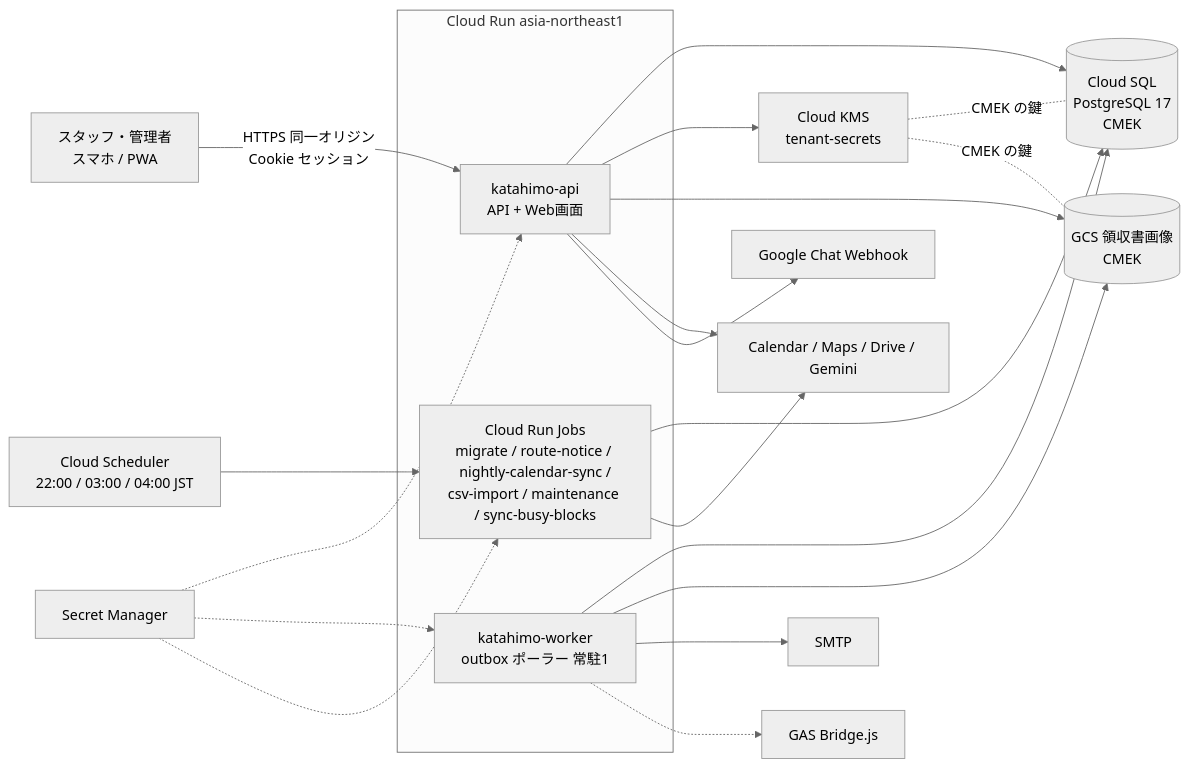
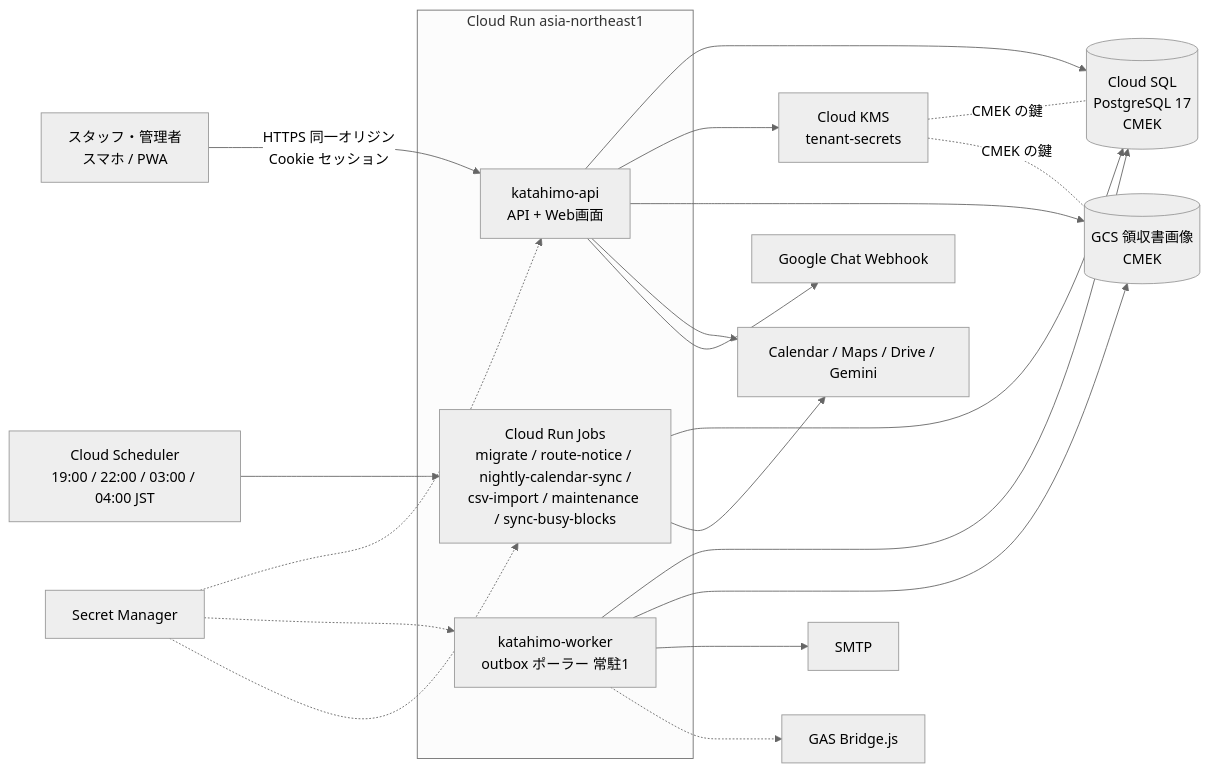
The fourth of 5 diagrams in doc/01_システム概要.md (katahimo-dev/katahimo-app), drawn with Mermaid (neutral theme) before and after one commit. The commit also changed other lines of this file and 18 other files, not shown here.

````diff
--- a/doc/01_システム概要.md
+++ b/doc/01_システム概要.md
@@ -148,20 +147,20 @@
 ```mermaid
 flowchart LR
   user[スタッフ・管理者<br/>スマホ / PWA] -->|HTTPS 同一オリジン<br/>Cookie セッション| api
   subgraph run[Cloud Run asia-northeast1]
     api[katahimo-api<br/>API + Web画面]
     worker[katahimo-worker<br/>outbox ポーラー 常駐1]
     jobs[Cloud Run Jobs<br/>migrate / route-notice / nightly-calendar-sync /<br/>csv-import / maintenance / sync-busy-blocks]
   end
-  sched[Cloud Scheduler<br/>22:00 / 03:00 / 04:00 JST] --> jobs
+  sched[Cloud Scheduler<br/>19:00 / 22:00 / 03:00 / 04:00 JST] --> jobs
   api & worker & jobs --> sql[(Cloud SQL<br/>PostgreSQL 17<br/>CMEK)]
   api --> kms[Cloud KMS<br/>tenant-secrets]
   kms -.-|CMEK の鍵| sql & gcs
   sm[Secret Manager] -.-> api & worker & jobs
   api --> gcs[(GCS 領収書画像<br/>CMEK)]
   worker --> gcs
   api & jobs --> google[Calendar / Maps / Drive / Gemini]
   api --> chat[Google Chat Webhook]
   worker --> smtp[SMTP]
   worker -.-> bridge[GAS Bridge.js]
 ```
````
